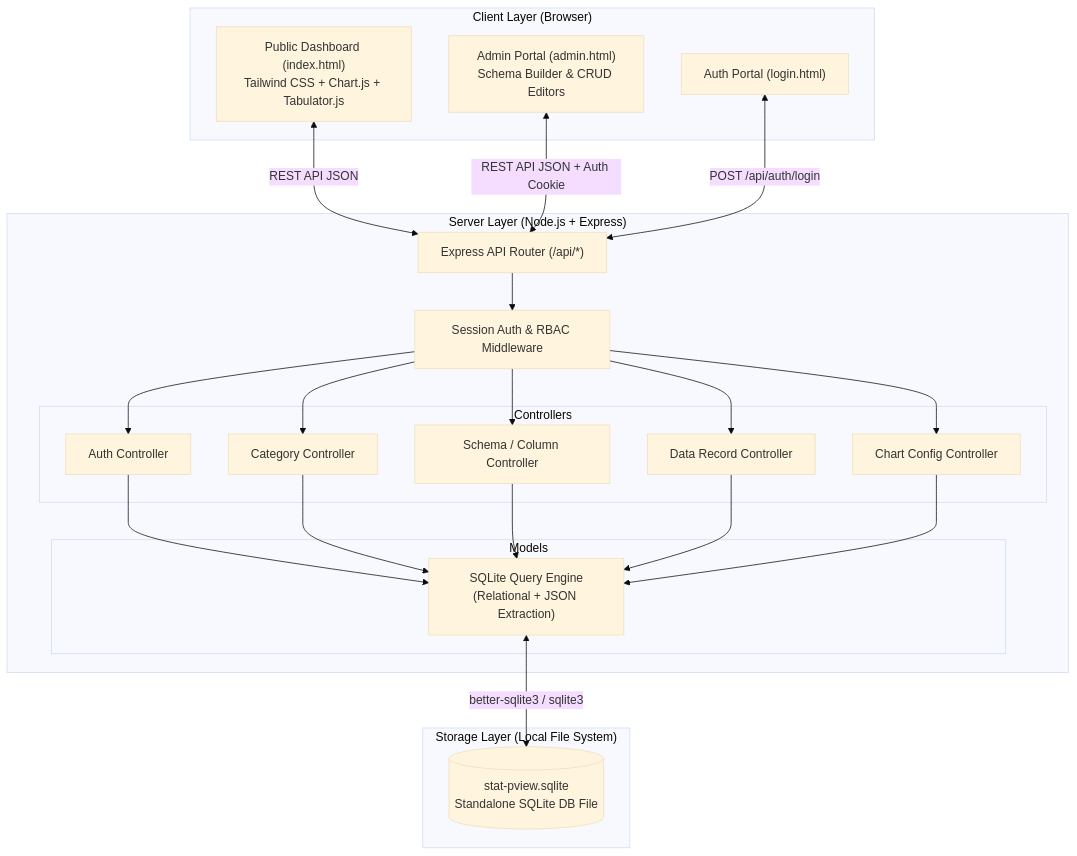
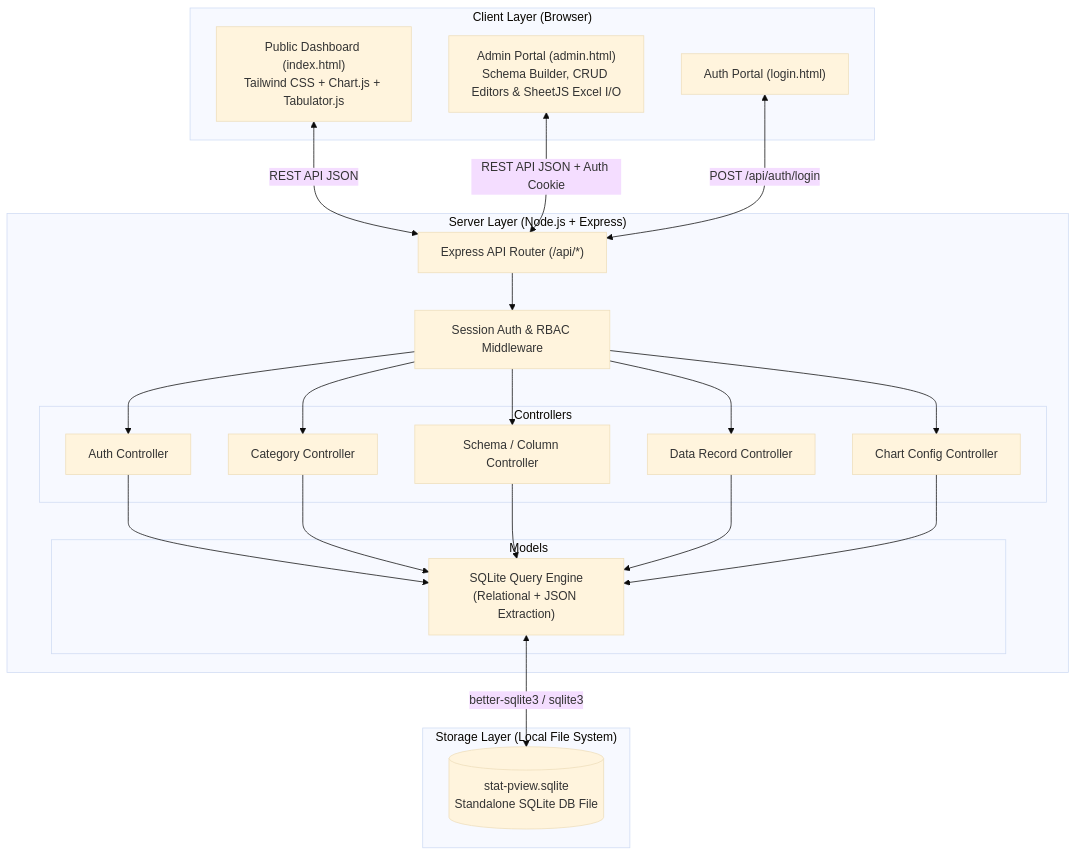
The first of 3 diagrams in architecture.md (emenace/stat-pview), drawn with Mermaid (base theme) before and after one commit. The commit also changed other lines of this file and 4 other files, not shown here.

````diff
--- a/architecture.md
+++ b/architecture.md
@@ -9,43 +9,43 @@
 ```mermaid
 graph TD
     subgraph Client Layer ["Client Layer (Browser)"]
         UI_User["Public Dashboard (index.html)<br>Tailwind CSS + Chart.js + Tabulator.js"]
-        UI_Admin["Admin Portal (admin.html)<br>Schema Builder & CRUD Editors"]
+        UI_Admin["Admin Portal (admin.html)<br>Schema Builder, CRUD Editors & SheetJS Excel I/O"]
         UI_Login["Auth Portal (login.html)"]
     end
 
     subgraph Server Layer ["Server Layer (Node.js + Express)"]
         Router["Express API Router (/api/*)"]
         AuthMid["Session Auth & RBAC Middleware"]
         
         subgraph Controllers
             Ctrl_Auth["Auth Controller"]
             Ctrl_Cat["Category Controller"]
             Ctrl_Col["Schema / Column Controller"]
             Ctrl_Rec["Data Record Controller"]
             Ctrl_Chart["Chart Config Controller"]
         end
         
         subgraph Models
             Mod_SQLite["SQLite Query Engine<br>(Relational + JSON Extraction)"]
         end
     end
 
     subgraph Storage Layer ["Storage Layer (Local File System)"]
         DB[(stat-pview.sqlite<br>Standalone SQLite DB File)]
     end
 
     UI_User <-->|REST API JSON| Router
     UI_Admin <-->|REST API JSON + Auth Cookie| Router
     UI_Login <-->|POST /api/auth/login| Router
 
     Router --> AuthMid
     AuthMid --> Ctrl_Auth
     AuthMid --> Ctrl_Cat
     AuthMid --> Ctrl_Col
     AuthMid --> Ctrl_Rec
     AuthMid --> Ctrl_Chart
 
     Ctrl_Auth & Ctrl_Cat & Ctrl_Col & Ctrl_Rec & Ctrl_Chart --> Mod_SQLite
     Mod_SQLite <-->|better-sqlite3 / sqlite3| DB
 ```
````
